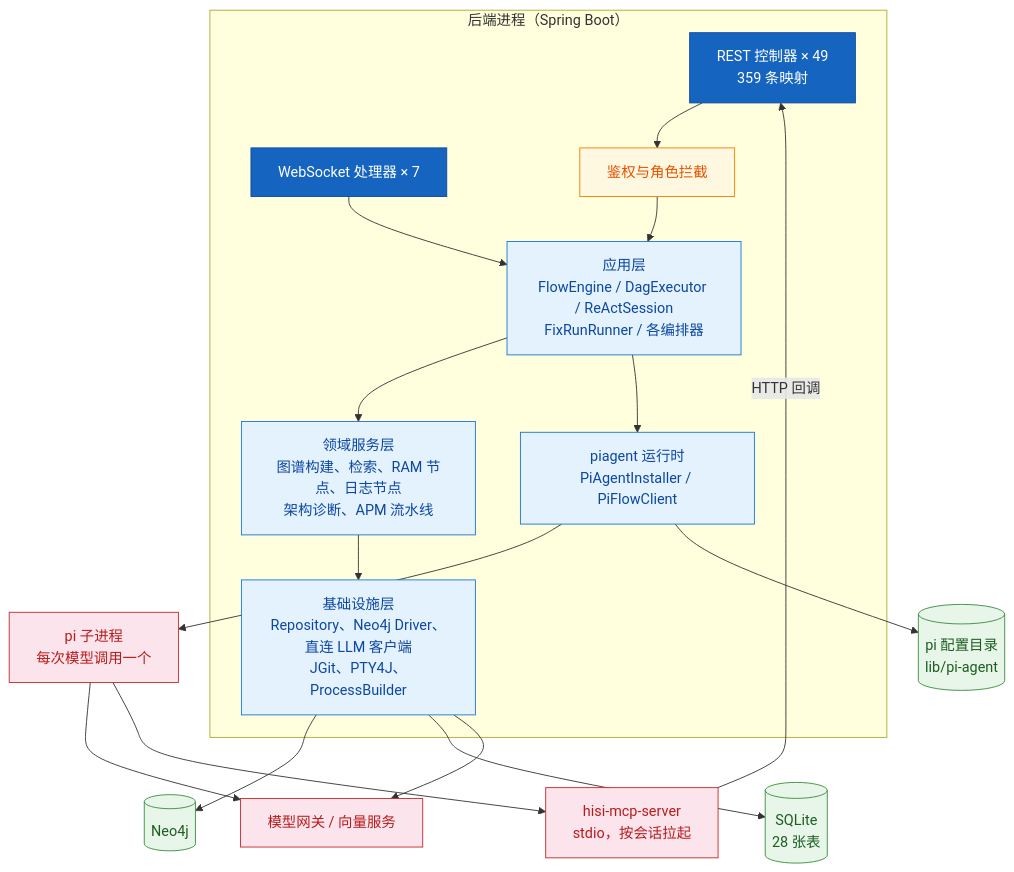
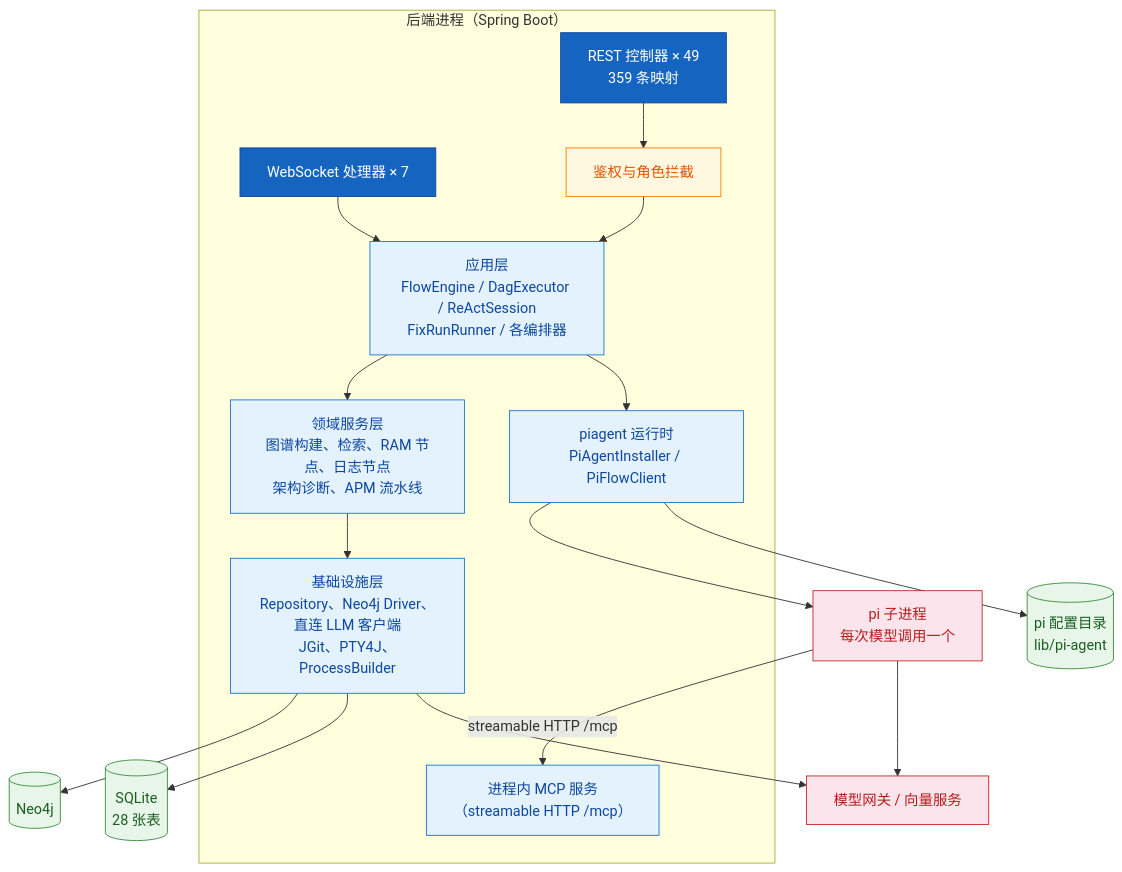
One commit to shenjiangchun/codeKnowledge changed the second of 6 diagrams in hisi-dev-tool/docs/codewiki/02-架构设计/index.md. Above: the diagram before and after it, drawn with Mermaid. The commit also changed other lines of this file and 27 other files, not shown here.

````diff
--- a/hisi-dev-tool/docs/codewiki/02-架构设计/index.md
+++ b/hisi-dev-tool/docs/codewiki/02-架构设计/index.md
@@ -58,38 +58,37 @@
 ```mermaid
 flowchart TD
     subgraph APP["后端进程（Spring Boot）"]
         WEB["REST 控制器 × 49<br/>359 条映射"]:::entry
         WS["WebSocket 处理器 × 7"]:::entry
         SEC["鉴权与角色拦截"]:::proc2
         APPS["应用层<br/>FlowEngine / DagExecutor / ReActSession<br/>FixRunRunner / 各编排器"]:::process
         DOM["领域服务层<br/>图谱构建、检索、RAM 节点、日志节点<br/>架构诊断、APM 流水线"]:::process
         INFRA["基础设施层<br/>Repository、Neo4j Driver、直连 LLM 客户端<br/>JGit、PTY4J、ProcessBuilder"]:::process
         PAC["piagent 运行时<br/>PiAgentInstaller / PiFlowClient"]:::process
+        MCP["进程内 MCP 服务<br/>（streamable HTTP /mcp）"]:::process
     end
     PI["pi 子进程<br/>每次模型调用一个"]:::ext
-    MCP["hisi-mcp-server<br/>stdio，按会话拉起"]:::ext
     NEO[("Neo4j")]:::data
     SQL[("SQLite<br/>28 张表")]:::data
     GW["模型网关 / 向量服务"]:::ext
     PIP[("pi 配置目录<br/>lib/pi-agent")]:::data
 
     WEB --> SEC --> APPS
     WS --> APPS
     APPS --> DOM
     DOM --> INFRA
     APPS --> PAC
     PAC --> PI
     PI --> GW
-    PI --> MCP
-    MCP -->|"HTTP 回调"| WEB
+    PI -->|"streamable HTTP /mcp"| MCP
     INFRA --> NEO
     INFRA --> SQL
     INFRA --> GW
     PAC --> PIP
 
     classDef entry fill:#1565c0,stroke:#0d47a1,color:#fff
     classDef process fill:#e3f2fd,stroke:#1976d2,color:#0d47a1
     classDef proc2 fill:#fff8e1,stroke:#f57c00,color:#e65100
     classDef data fill:#e8f5e9,stroke:#388e3c,color:#1b5e20
     classDef ext fill:#fce4ec,stroke:#c62828,color:#b71c1c
 ```
````
